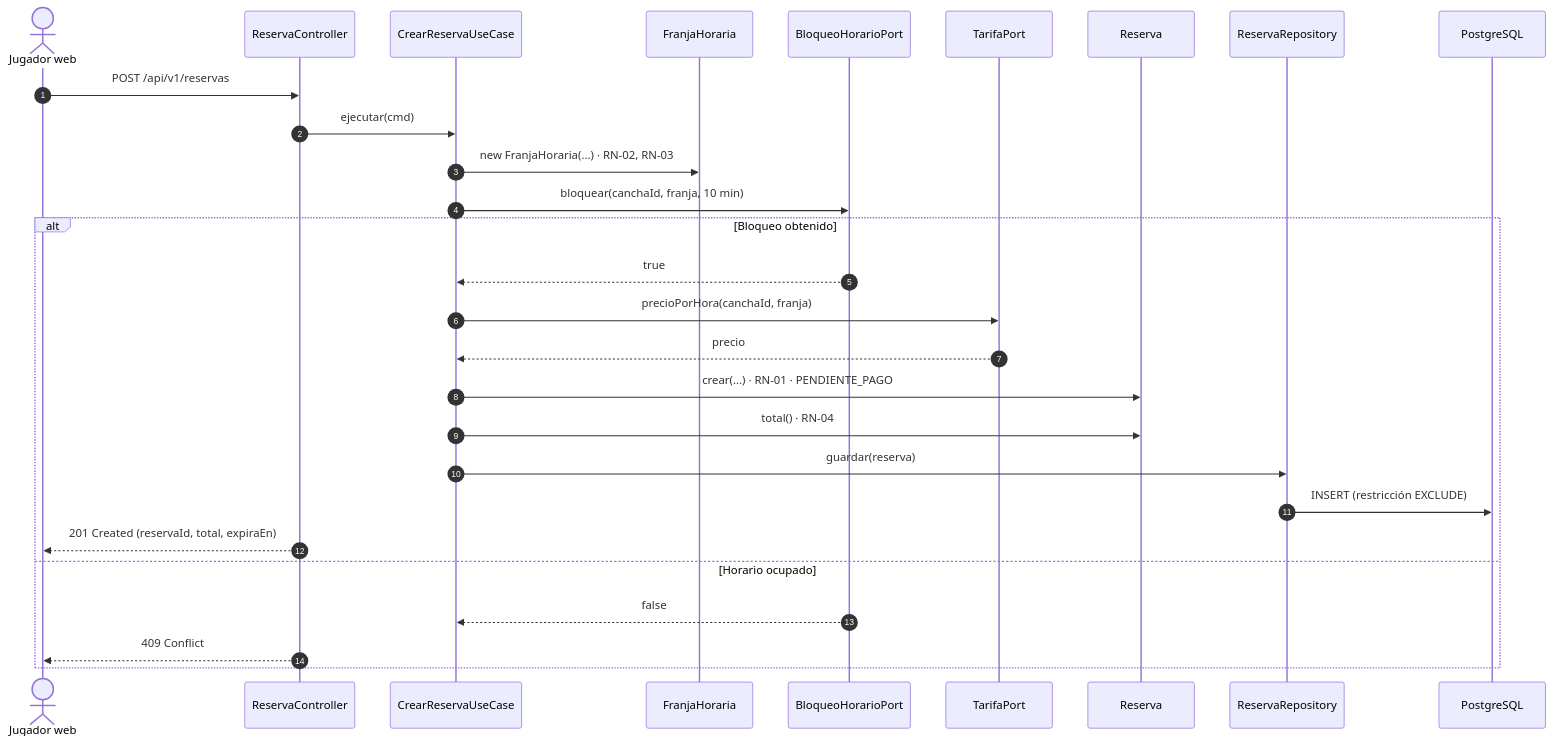
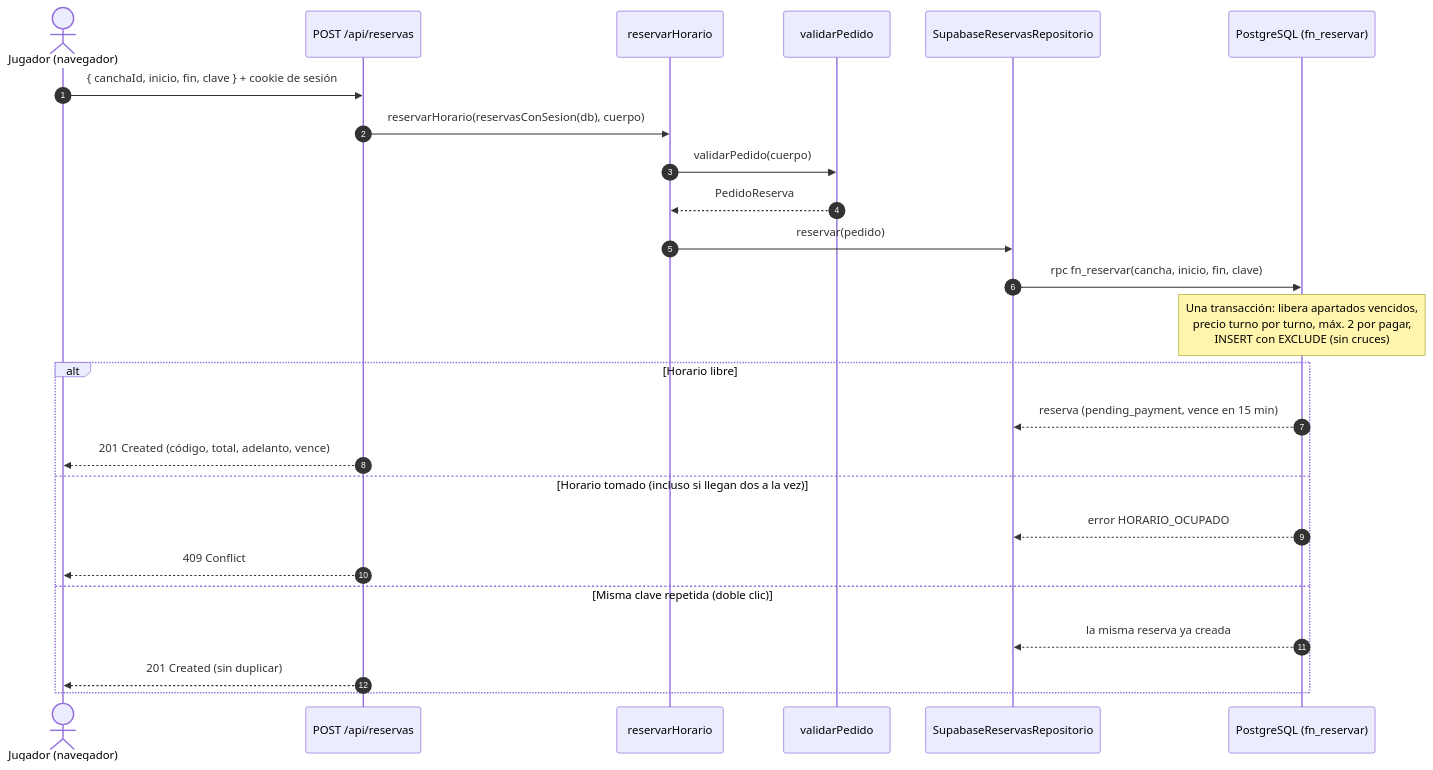
One commit to edhtsprado27-bit/ReservaYa-Ayacucho changed the diagram in img/fuentes-svg/secuencia-crear-reserva.mmd. Above: the diagram before and after it, drawn with Mermaid. The commit also changed 18 other files, not shown here.

```diff
--- a/img/fuentes-svg/secuencia-crear-reserva.mmd
+++ b/img/fuentes-svg/secuencia-crear-reserva.mmd
@@ -1,29 +1,26 @@
 sequenceDiagram
     autonumber
-    actor J as Jugador web
-    participant C as ReservaController
-    participant U as CrearReservaUseCase
-    participant F as FranjaHoraria
-    participant B as BloqueoHorarioPort
-    participant T as TarifaPort
-    participant R as Reserva
-    participant P as ReservaRepository
-    participant DB as PostgreSQL
+    actor J as Jugador (navegador)
+    participant R as POST /api/reservas
+    participant U as reservarHorario
+    participant V as validarPedido
+    participant P as SupabaseReservasRepositorio
+    participant DB as PostgreSQL (fn_reservar)
 
-    J->>C: POST /api/v1/reservas
-    C->>U: ejecutar(cmd)
-    U->>F: new FranjaHoraria(...) · RN-02, RN-03
-    U->>B: bloquear(canchaId, franja, 10 min)
-    alt Bloqueo obtenido
-        B-->>U: true
-        U->>T: precioPorHora(canchaId, franja)
-        T-->>U: precio
-        U->>R: crear(...) · RN-01 · PENDIENTE_PAGO
-        U->>R: total() · RN-04
-        U->>P: guardar(reserva)
-        P->>DB: INSERT (restricción EXCLUDE)
-        C-->>J: 201 Created (reservaId, total, expiraEn)
-    else Horario ocupado
-        B-->>U: false
-        C-->>J: 409 Conflict
+    J->>R: { canchaId, inicio, fin, clave } + cookie de sesión
+    R->>U: reservarHorario(reservasConSesion(db), cuerpo)
+    U->>V: validarPedido(cuerpo)
+    V-->>U: PedidoReserva
+    U->>P: reservar(pedido)
+    P->>DB: rpc fn_reservar(cancha, inicio, fin, clave)
+    Note over DB: Una transacción: libera apartados vencidos,<br/>precio turno por turno, máx. 2 por pagar,<br/>INSERT con EXCLUDE (sin cruces)
+    alt Horario libre
+        DB-->>P: reserva (pending_payment, vence en 15 min)
+        R-->>J: 201 Created (código, total, adelanto, vence)
+    else Horario tomado (incluso si llegan dos a la vez)
+        DB-->>P: error HORARIO_OCUPADO
+        R-->>J: 409 Conflict
+    else Misma clave repetida (doble clic)
+        DB-->>P: la misma reserva ya creada
+        R-->>J: 201 Created (sin duplicar)
     end
```
